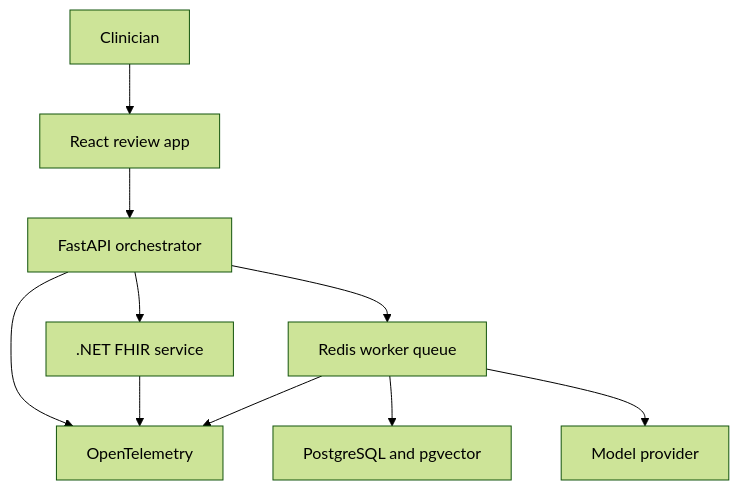
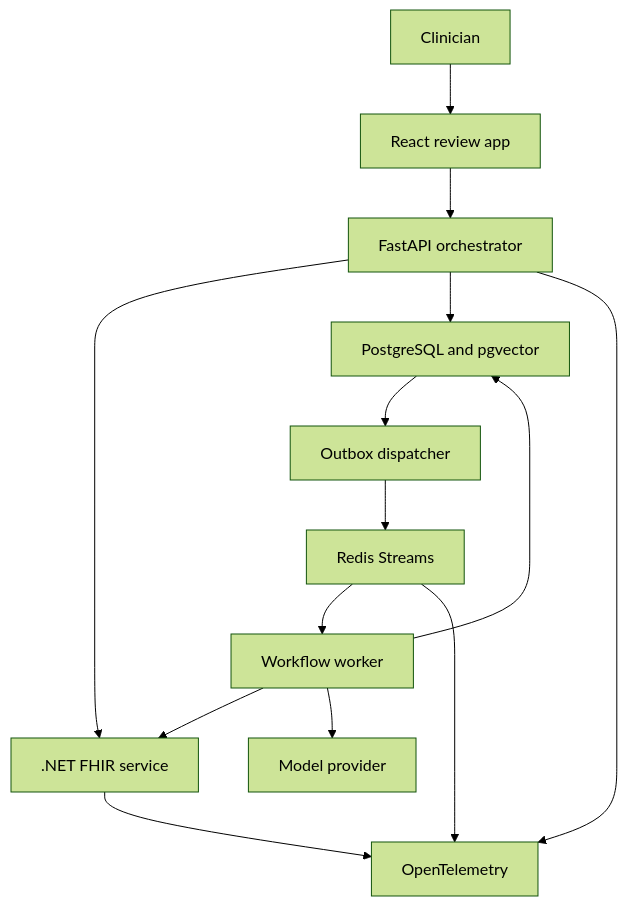
One commit to muminfarooq190/oncology-workflow-copilot changed the first of 2 diagrams in docs/ARCHITECTURE.md. Above: the diagram before and after it, drawn with Mermaid (forest theme). The commit also changed other lines of this file and 29 other files, not shown here.

````diff
--- a/docs/ARCHITECTURE.md
+++ b/docs/ARCHITECTURE.md
@@ -14,12 +14,16 @@
 ```mermaid
 flowchart TD
     U["Clinician"] --> W["React review app"]
     W --> A["FastAPI orchestrator"]
     A --> F[".NET FHIR service"]
-    A --> Q["Redis worker queue"]
-    Q --> P["PostgreSQL and pgvector"]
-    Q --> M["Model provider"]
+    A --> P["PostgreSQL and pgvector"]
+    P --> D["Outbox dispatcher"]
+    D --> Q["Redis Streams"]
+    Q --> K["Workflow worker"]
+    K --> F
+    K --> P
+    K --> M["Model provider"]
     A --> O["OpenTelemetry"]
     F --> O
     Q --> O
 ```
````
